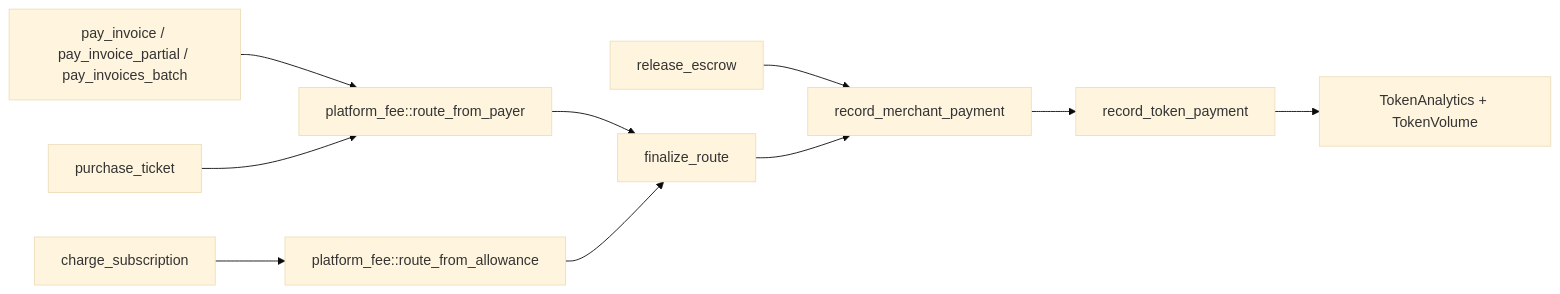
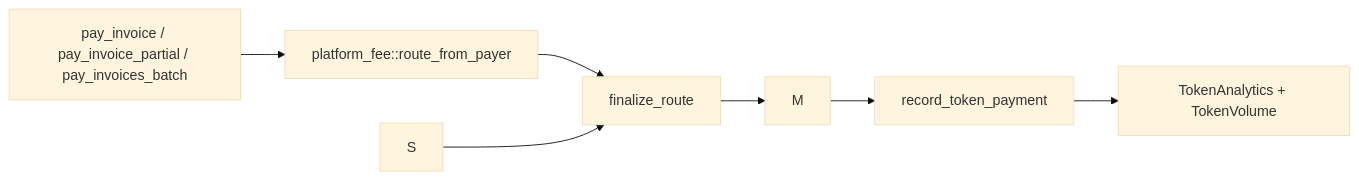
One commit to Anekenonso/shade-stellar-contract changed the diagram in docs/concepts/token-analytics.md. Above: the diagram before and after it, drawn with Mermaid (base theme). The commit also changed other lines of this file and 83 other files, not shown here.

````diff
--- a/docs/concepts/token-analytics.md
+++ b/docs/concepts/token-analytics.md
@@ -13,12 +13,9 @@
 ```mermaid
 flowchart LR
     A[pay_invoice / pay_invoice_partial / pay_invoices_batch] --> R[platform_fee::route_from_payer]
-    B[purchase_ticket] --> R
-    C[charge_subscription] --> S[platform_fee::route_from_allowance]
     R --> F[finalize_route]
     S --> F
-    D[release_escrow] --> M[record_merchant_payment]
     F --> M
     M --> T[record_token_payment]
     T --> V[TokenAnalytics + TokenVolume]
 ```
````
